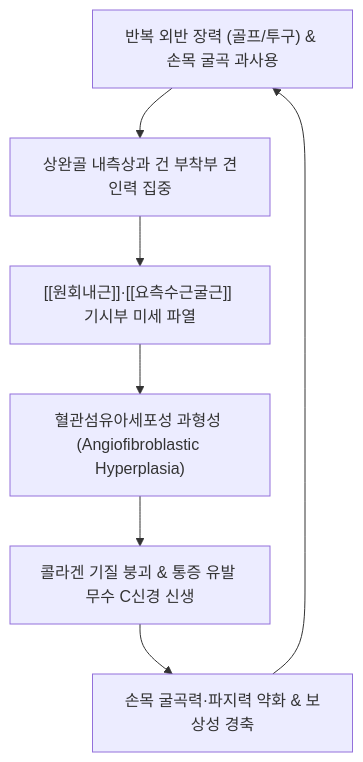
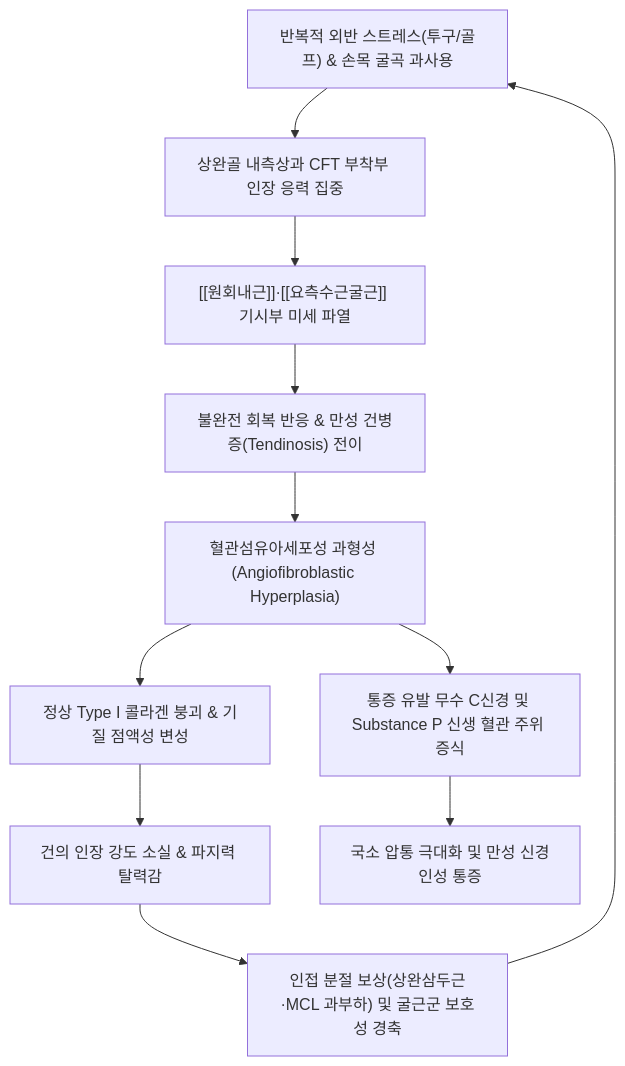
One commit to simbio11/simbio-digital-garden2 changed the diagram in content/3. 이론 공부/질환/근골격계 질환/상지/내측상과염.md. Above: the diagram before and after it, drawn with Mermaid. The commit also changed other lines of this file and 44 other files, not shown here.

````diff
--- a/content/3. 이론 공부/질환/근골격계 질환/상지/내측상과염.md
+++ b/content/3. 이론 공부/질환/근골격계 질환/상지/내측상과염.md
@@ -66,9 +142,13 @@
 ```mermaid
 graph TD
-    Stress["반복 외반 장력 (골프/투구) & 손목 굴곡 과사용"] --> Tensile["상완골 내측상과 건 부착부 견인력 집중"]
-    Tensile --> MicroTear["[[원회내근]]·[[요측수근굴근]] 기시부 미세 파열"]
-    MicroTear --> Angio["혈관섬유아세포성 과형성 (Angiofibroblastic Hyperplasia)"]
-    Angio --> ChronicPain["콜라겐 기질 붕괴 & 통증 유발 무수 C신경 신생"]
-    ChronicPain --> MuscleWeak["손목 굴곡력·파지력 약화 & 보상성 경축"]
-    MuscleWeak --> Stress
+    Overuse["반복적 외반 스트레스(투구/골프) & 손목 굴곡 과사용"] --> Tension["상완골 내측상과 CFT 부착부 인장 응력 집중"]
+    Tension --> Microtear["[[원회내근]]·[[요측수근굴근]] 기시부 미세 파열"]
+    Microtear --> FailedHealing["불완전 회복 반응 & 만성 건병증(Tendinosis) 전이"]
+    FailedHealing --> Angiofibro["혈관섬유아세포성 과형성 (Angiofibroblastic Hyperplasia)"]
+    Angiofibro --> Degeneration["정상 Type I 콜라겐 붕괴 & 기질 점액성 변성"]
+    Angiofibro --> Neoneuro["통증 유발 무수 C신경 및 Substance P 신생 혈관 주위 증식"]
+    Degeneration --> MechanicalDeficit["건의 인장 강도 소실 & 파지력 탈력감"]
+    Neoneuro --> CentralSensitization["국소 압통 극대화 및 만성 신경인성 통증"]
+    MechanicalDeficit --> Compensation["인접 분절 보상(상완삼두근·MCL 과부하) 및 굴근군 보호성 경축"]
+    Compensation --> Overuse
 ```
````
